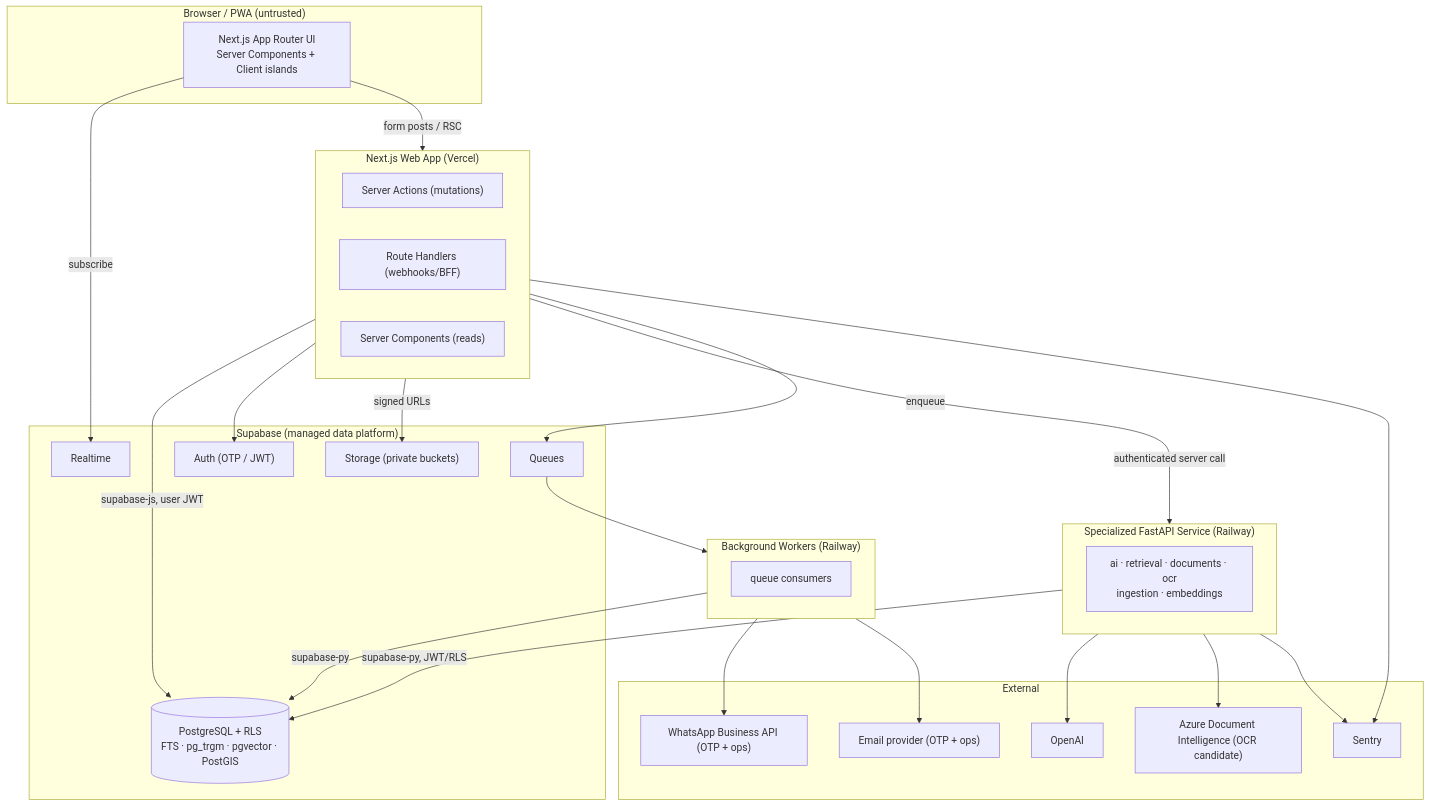
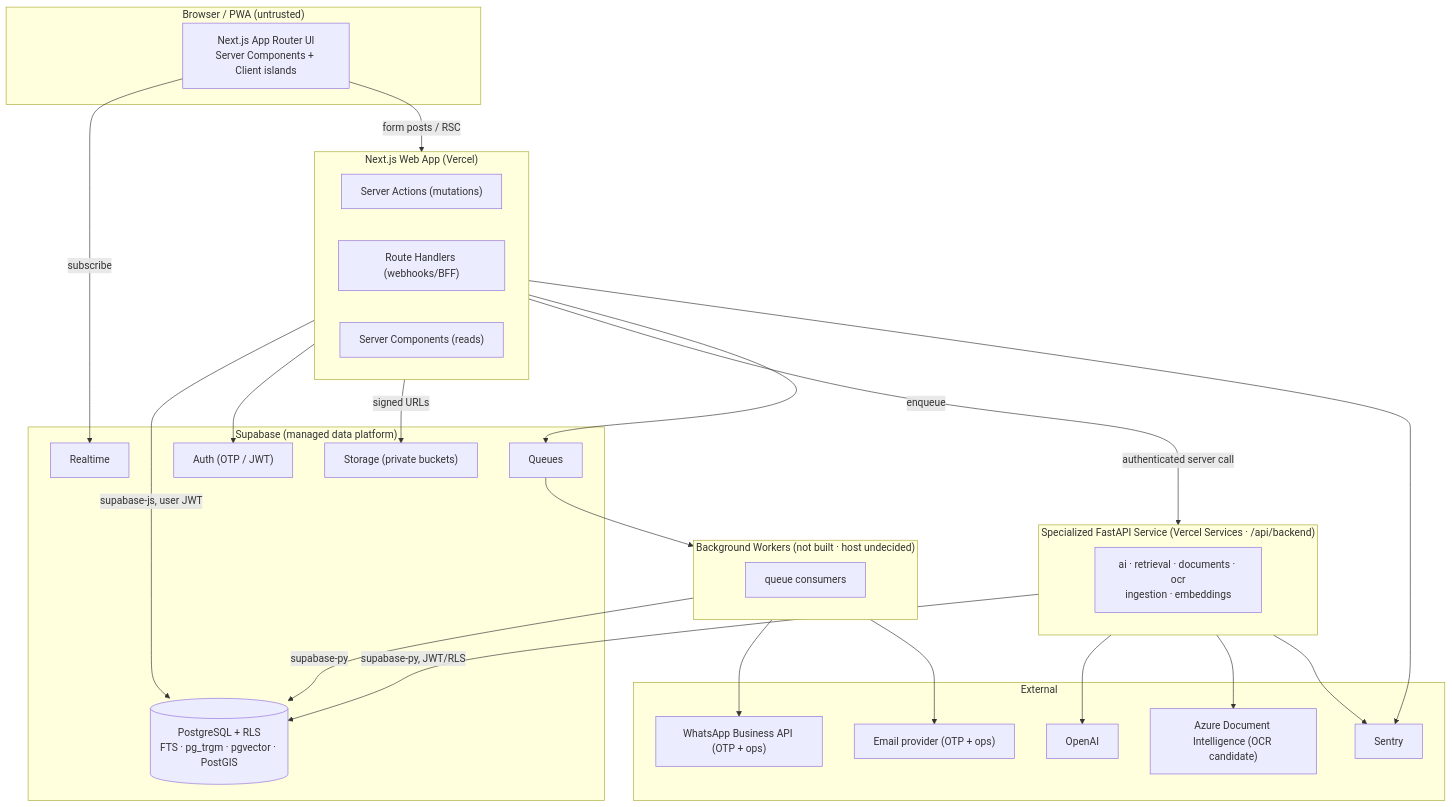
One commit to hmohamed080/aladdin changed the diagram in docs/technical/01_system_overview.md. Above: the diagram before and after it, drawn with Mermaid. The commit also changed other lines of this file and 27 other files, not shown here.

First line of the commit message:
chore(deploy): adopt Vercel Services for web app and FastAPI

````diff
--- a/docs/technical/01_system_overview.md
+++ b/docs/technical/01_system_overview.md
@@ -18,48 +18,48 @@
 ```mermaid
 flowchart TB
   subgraph Client["Browser / PWA (untrusted)"]
     UI["Next.js App Router UI<br/>Server Components + Client islands"]
   end
   subgraph Web["Next.js Web App (Vercel)"]
     SA["Server Actions (mutations)"]
     RH["Route Handlers (webhooks/BFF)"]
     RSC["Server Components (reads)"]
   end
   subgraph Supabase["Supabase (managed data platform)"]
     PG[("PostgreSQL + RLS<br/>FTS · pg_trgm · pgvector · PostGIS")]
     AUTH["Auth (OTP / JWT)"]
     ST["Storage (private buckets)"]
     RT["Realtime"]
     Q["Queues"]
   end
-  subgraph FastAPI["Specialized FastAPI Service (Railway)"]
+  subgraph FastAPI["Specialized FastAPI Service (Vercel Services · /api/backend)"]
     AI["ai · retrieval · documents · ocr<br/>ingestion · embeddings"]
   end
-  subgraph Workers["Background Workers (Railway)"]
+  subgraph Workers["Background Workers (not built · host undecided)"]
     W["queue consumers"]
   end
   subgraph Ext["External"]
     OAI["OpenAI"]
     OCR["Azure Document Intelligence (OCR candidate)"]
     WA["WhatsApp Business API (OTP + ops)"]
     EM["Email provider (OTP + ops)"]
     SEN["Sentry"]
   end
 
   UI -->|form posts / RSC| Web
   Web -->|supabase-js, user JWT| PG
   Web --> AUTH
   Web -->|signed URLs| ST
   UI -->|subscribe| RT
   Web -->|authenticated server call| FastAPI
   Web -->|enqueue| Q
   Q --> Workers
   FastAPI -->|supabase-py, JWT/RLS| PG
   Workers -->|supabase-py| PG
   FastAPI --> OAI
   FastAPI --> OCR
   Workers --> WA
   Workers --> EM
   Web --> SEN
   FastAPI --> SEN
 ```
````
